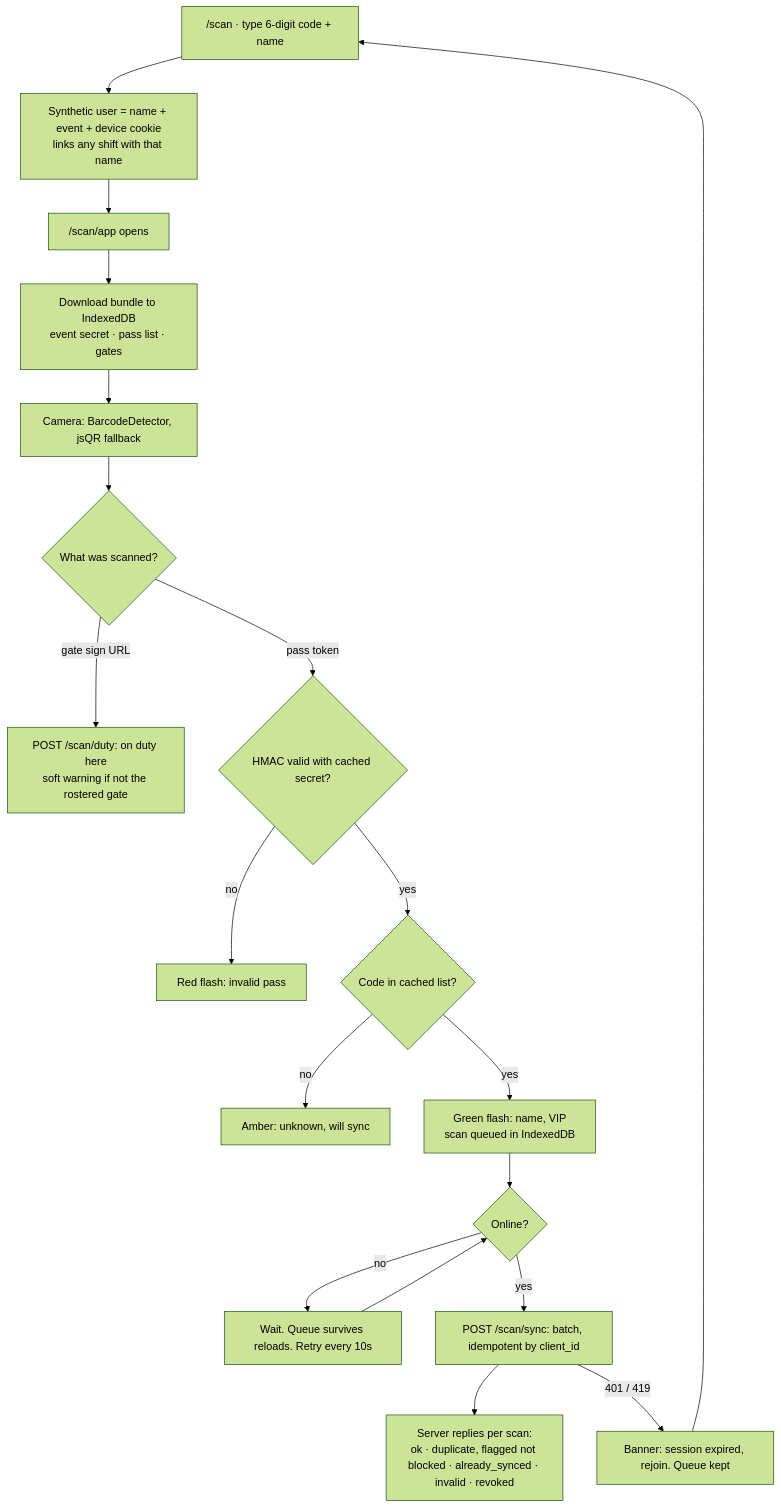
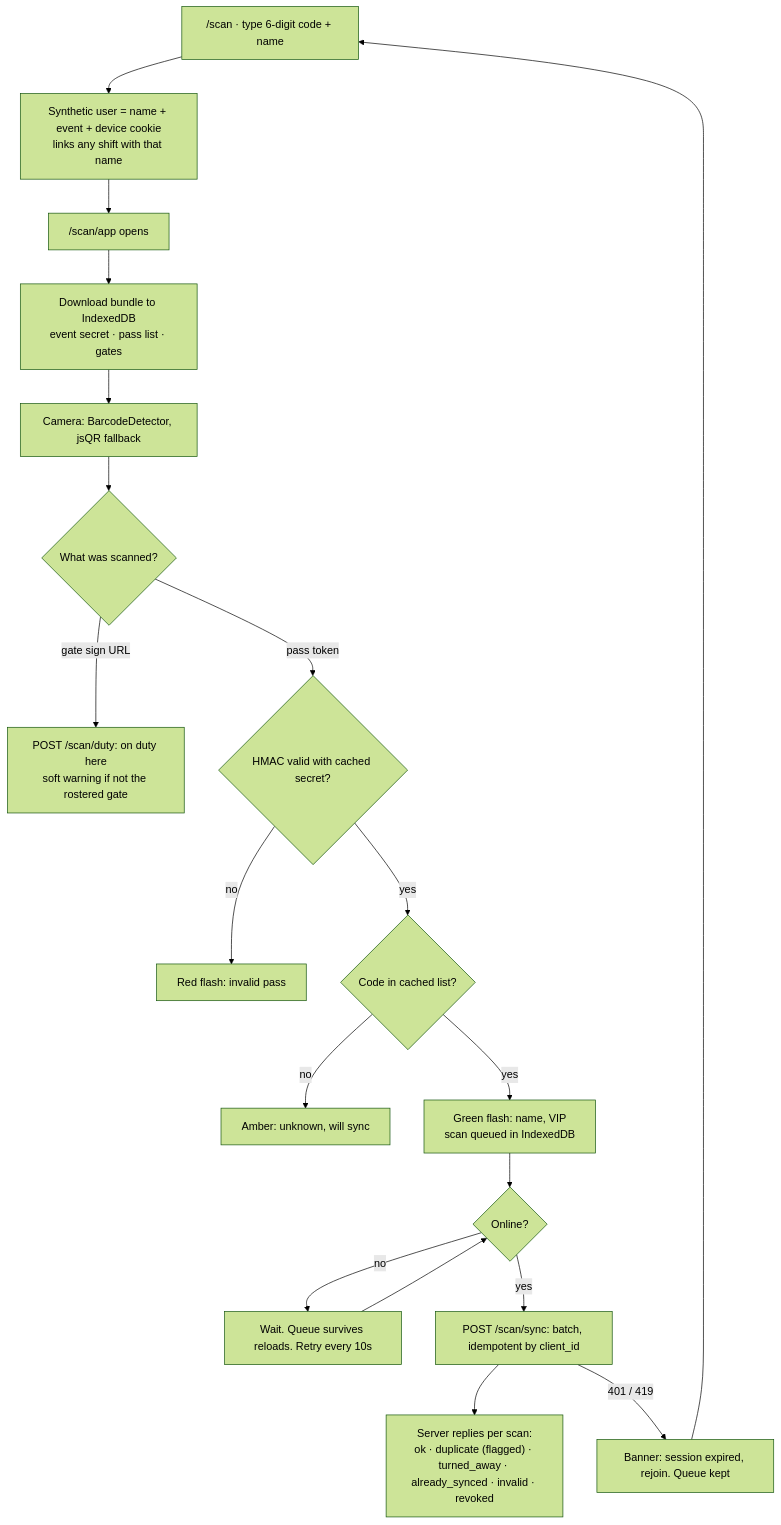
Before and after one commit to infriontechnolab/gatezo: the third of 5 diagrams in docs/FLOWS.md, drawn with Mermaid (forest theme). The commit also changed 11 other files, not shown here.

````diff
--- a/docs/FLOWS.md
+++ b/docs/FLOWS.md
@@ -98,21 +98,21 @@
 ```mermaid
 flowchart TD
     J["/scan · type 6-digit code + name"] --> U["Synthetic user = name + event + device cookie<br/>links any shift with that name"]
     U --> A["/scan/app opens"]
     A --> B["Download bundle to IndexedDB<br/>event secret · pass list · gates"]
     B --> CAM["Camera: BarcodeDetector, jsQR fallback"]
     CAM --> Q{"What was scanned?"}
     Q -- "gate sign URL" --> D["POST /scan/duty: on duty here<br/>soft warning if not the rostered gate"]
     Q -- "pass token" --> V{"HMAC valid with cached secret?"}
     V -- no --> RED["Red flash: invalid pass"]
     V -- yes --> L{"Code in cached list?"}
     L -- no --> AMB["Amber: unknown, will sync"]
     L -- yes --> OK["Green flash: name, VIP<br/>scan queued in IndexedDB"]
     OK --> F{"Online?"}
     F -- no --> W["Wait. Queue survives reloads. Retry every 10s"]
     W --> F
     F -- yes --> SY["POST /scan/sync: batch, idempotent by client_id"]
-    SY --> RES["Server replies per scan:<br/>ok · duplicate, flagged not blocked · already_synced · invalid · revoked"]
+    SY --> RES["Server replies per scan:<br/>ok · duplicate (flagged) · turned_away · already_synced · invalid · revoked"]
     SY -- "401 / 419" --> EXP["Banner: session expired, rejoin. Queue kept"]
     EXP --> J
 ```
````
